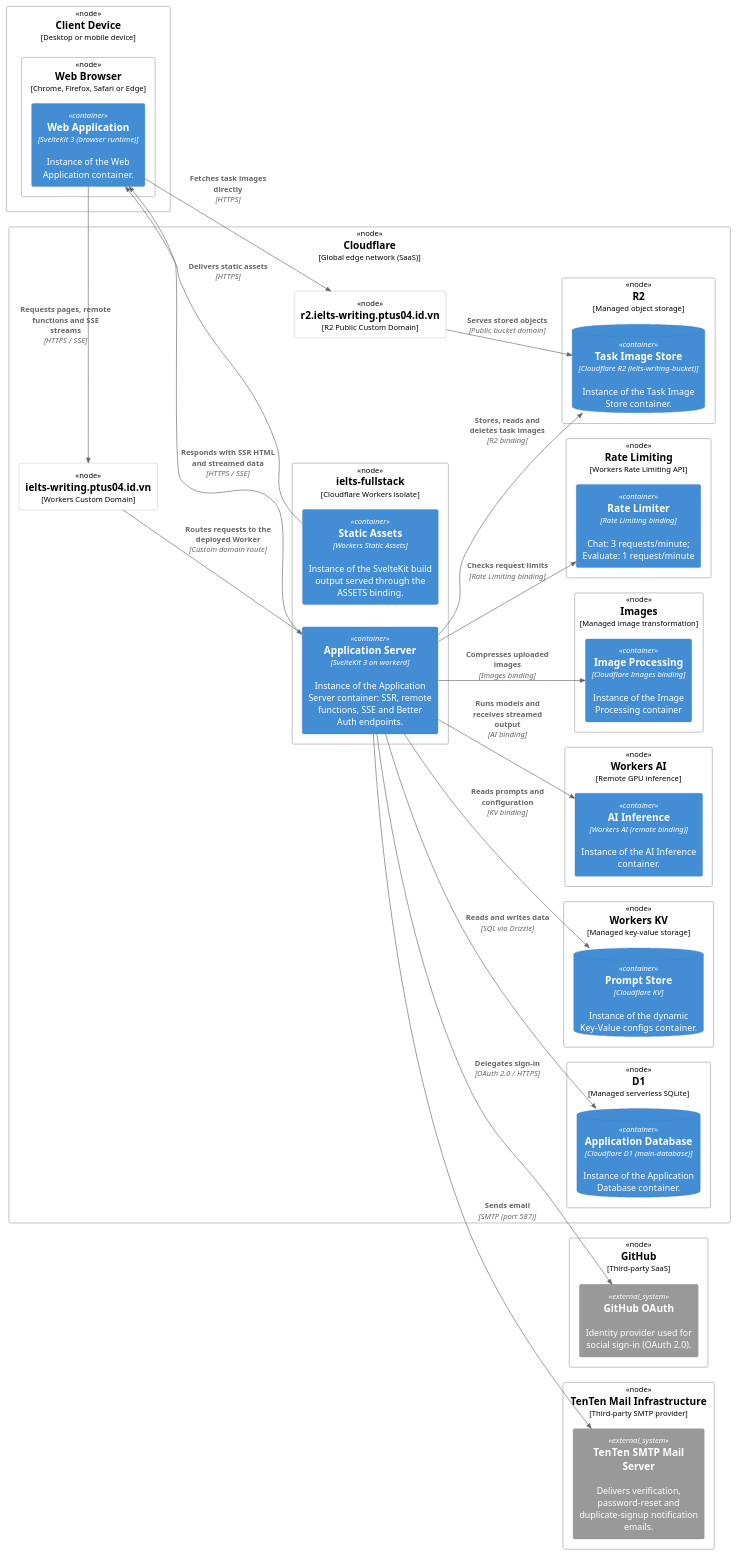
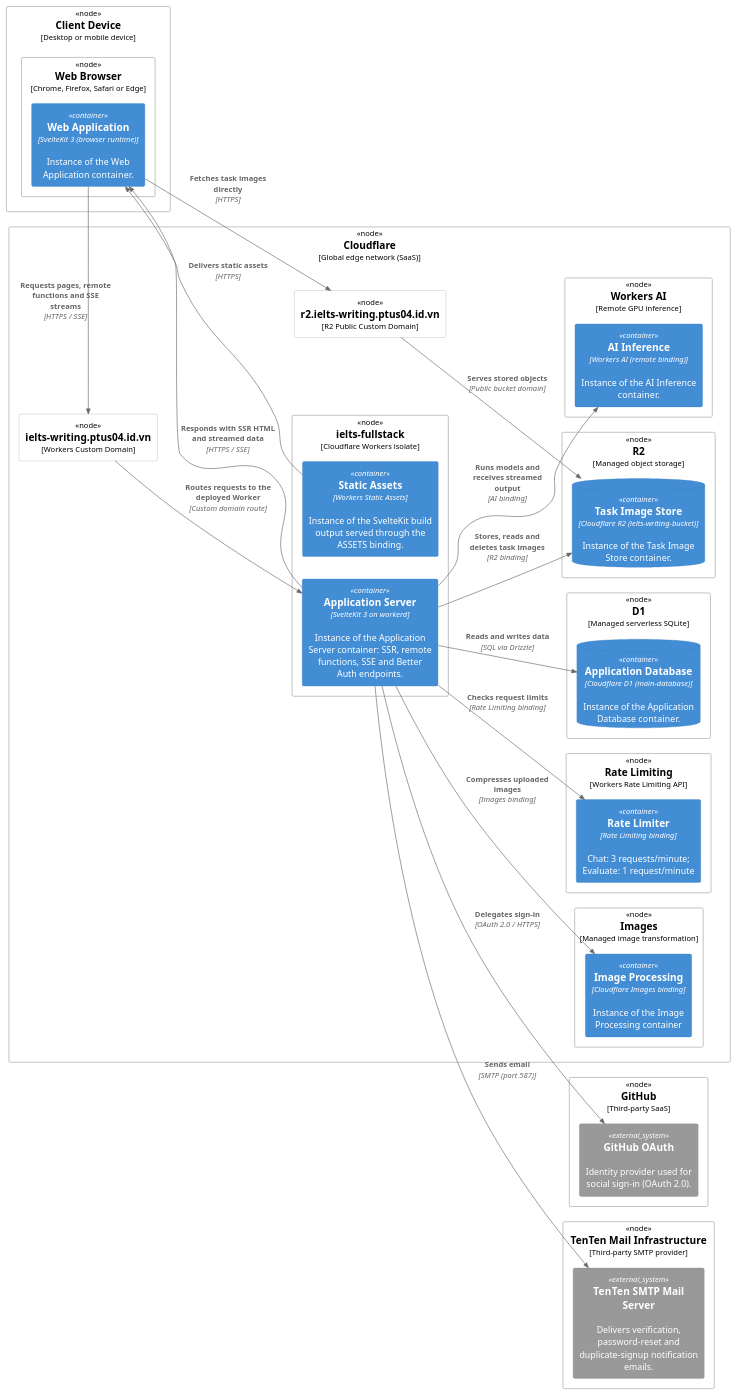
The diagram in docs/c4-deployment-diagram.puml (ielts-writing-org/ielts-fullstack), drawn with PlantUML before and after one commit. The commit also changed 15 other files, not shown here.

```diff
--- a/docs/c4-deployment-diagram.puml
+++ b/docs/c4-deployment-diagram.puml
@@ -1,69 +1,65 @@
 @startuml C4 Deployment Diagram
 
 !include <C4/C4_Deployment>
 
 skinparam DefaultFontName Segoe UI
 
 LAYOUT_LEFT_RIGHT()
 
 Deployment_Node(client, "Client Device", "Desktop or mobile device"){
 	Deployment_Node(browser, "Web Browser", "Chrome, Firefox, Safari or Edge"){
 		Container(spa, "Web Application", "SvelteKit 3 (browser runtime)", "Instance of the Web Application container.")
 	}
 }
 
 Deployment_Node(cloudflare, "Cloudflare", "Global edge network (SaaS)"){
 	Node(appDomain, "ielts-writing.ptus04.id.vn", "Workers Custom Domain")
 
 	Deployment_Node(worker, "ielts-fullstack", "Cloudflare Workers isolate"){
 		Container(app, "Application Server", "SvelteKit 3 on workerd", "Instance of the Application Server container: SSR, remote functions, SSE and Better Auth endpoints.")
 		Container(assets, "Static Assets", "Workers Static Assets", "Instance of the SvelteKit build output served through the ASSETS binding.")
 	}
 	Deployment_Node(d1Node, "D1", "Managed serverless SQLite"){
 		ContainerDb(db, "Application Database", "Cloudflare D1 (main-database)", "Instance of the Application Database container.")
-	}
-	Deployment_Node(kvNode, "Workers KV", "Managed key-value storage"){
-		ContainerDb(kv, "Prompt Store", "Cloudflare KV", "Instance of the dynamic Key-Value configs container.")
 	}
 	Deployment_Node(r2Node, "R2", "Managed object storage"){
 		ContainerDb(r2, "Task Image Store", "Cloudflare R2 (ielts-writing-bucket)", "Instance of the Task Image Store container.")
 	}
 	Node(r2Domain, "r2.ielts-writing.ptus04.id.vn", "R2 Public Custom Domain")
 	Deployment_Node(aiNode, "Workers AI", "Remote GPU inference"){
 		Container(ai, "AI Inference", "Workers AI (remote binding)", "Instance of the AI Inference container.")
 	}
 	Deployment_Node(imgNode, "Images", "Managed image transformation"){
 		Container(images, "Image Processing", "Cloudflare Images binding", "Instance of the Image Processing container")
 	}
 	Deployment_Node(rlNode, "Rate Limiting", "Workers Rate Limiting API"){
 		Container(rl, "Rate Limiter", "Rate Limiting binding", "Chat: 3 requests/minute; Evaluate: 1 request/minute")
 	}
 }
 
 Deployment_Node(githubNode, "GitHub", "Third-party SaaS"){
 	System_Ext(github, "GitHub OAuth", "Identity provider used for social sign-in (OAuth 2.0).")
 }
 
 Deployment_Node(mailNode, "TenTen Mail Infrastructure", "Third-party SMTP provider"){
 	System_Ext(smtp, "TenTen SMTP Mail Server", "Delivers verification, password-reset and duplicate-signup notification emails.")
 }
 
 Rel(spa, appDomain, "Requests pages, remote functions and SSE streams", "HTTPS / SSE")
 Rel(appDomain, app, "Routes requests to the deployed Worker", "Custom domain route")
 Rel(app, spa, "Responds with SSR HTML and streamed data", "HTTPS / SSE")
 Rel(assets, spa, "Delivers static assets", "HTTPS")
 
 Rel(spa, r2Domain, "Fetches task images directly", "HTTPS")
 Rel(r2Domain, r2, "Serves stored objects", "Public bucket domain")
 
 Rel(app, db, "Reads and writes data", "SQL via Drizzle")
-Rel(app, kv, "Reads prompts and configuration", "KV binding")
 Rel(app, r2, "Stores, reads and deletes task images", "R2 binding")
 Rel(app, images, "Compresses uploaded images", "Images binding")
 Rel(app, ai, "Runs models and receives streamed output", "AI binding")
 Rel(app, rl, "Checks request limits", "Rate Limiting binding")
 
 Rel(app, github, "Delegates sign-in", "OAuth 2.0 / HTTPS")
 Rel(app, smtp, "Sends email", "SMTP (port 587)")
 
 @enduml
```
